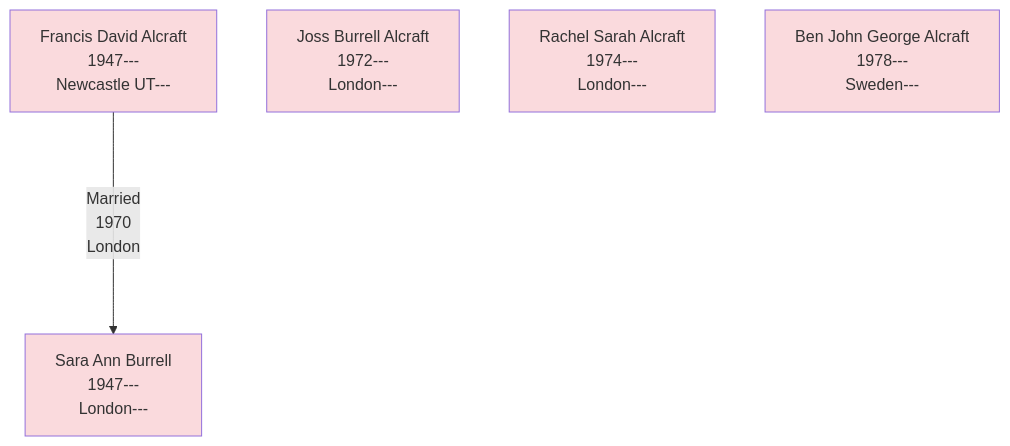
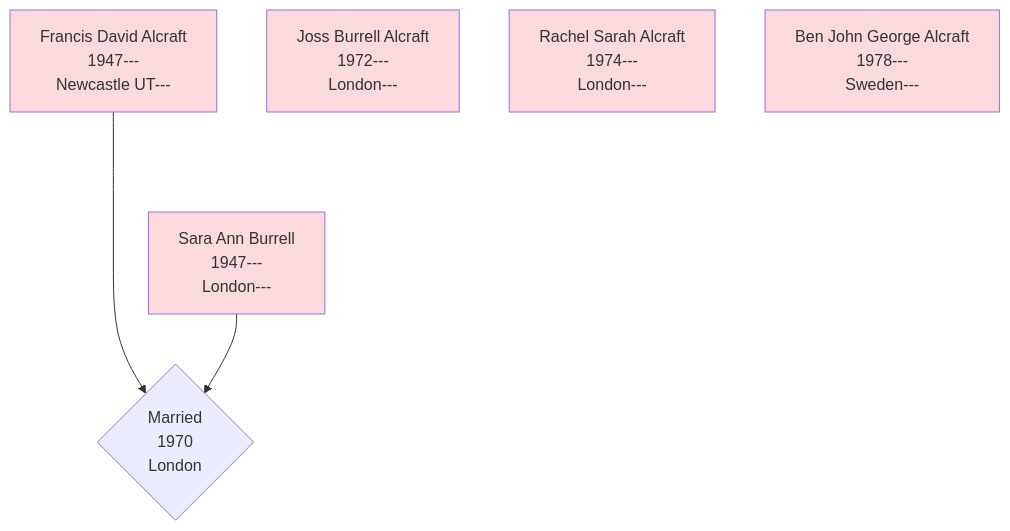
Before and after one commit to RachelAlcraft/family-tree: the diagram in docs/alcraft_1974_rachel.md, drawn with Mermaid.

````diff
--- a/docs/alcraft_1974_rachel.md
+++ b/docs/alcraft_1974_rachel.md
@@ -2,15 +2,16 @@
 ``` mermaid
 flowchart TD  
 FDA[Francis David Alcraft\n1947---\nNewcastle UT---];
 SAB[Sara Ann Burrell\n1947---\nLondon---];
 JBA[Joss Burrell Alcraft\n1972---\nLondon---];
 RSA[Rachel Sarah Alcraft\n1974---\nLondon---];
 BJGA[Ben John George Alcraft\n1978---\nSweden---];
-FDA ----> |Married\n1970\nLondon| SAB;
+FDA ----> FDASAB{Married\n1970\nLondon};
+SAB --> FDASAB;
 style FDA fill:#FADADD;
 style SAB fill:#FADADD;
 style JBA fill:#FADADD;
 style RSA fill:#FADADD;
 style BJGA fill:#FADADD;
 click FDA "https://www.thenorthernecho.co.uk/history/8857492.dukes-piper/" "WA";
 ```
````
